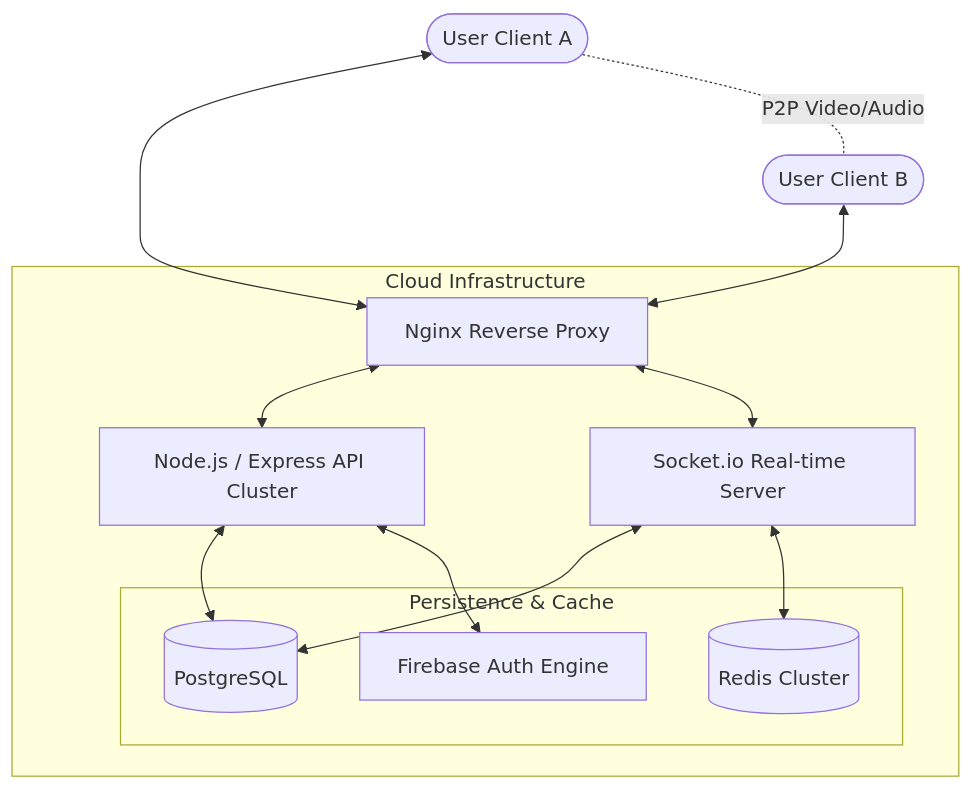
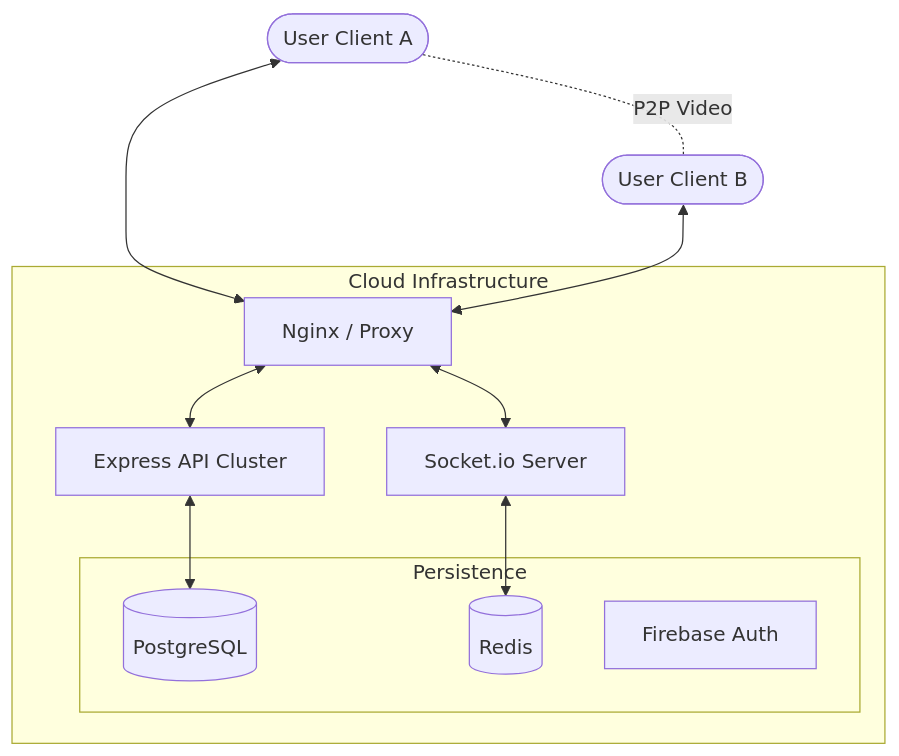
One commit to YaduEnc/MuhDikhai changed the diagram in README.md. Above: the diagram before and after it, drawn with Mermaid. The commit also changed other lines of this file and 1 other file, not shown here.

````diff
--- a/README.md
+++ b/README.md
@@ -12,27 +35,25 @@
 ```mermaid
 graph TD
     UserA([User Client A])
     UserB([User Client B])
     
     subgraph Cloud [Cloud Infrastructure]
-        LB[Nginx Reverse Proxy]
-        API[Node.js / Express API Cluster]
-        SIO[Socket.io Real-time Server]
+        LB[Nginx / Proxy]
+        API[Express API Cluster]
+        SIO[Socket.io Server]
         
-        subgraph DataLayer [Persistence & Cache]
+        subgraph Data [Persistence]
             DB[(PostgreSQL)]
-            RD[(Redis Cluster)]
-            FB[Firebase Auth Engine]
+            RD[(Redis)]
+            FB[Firebase Auth]
         end
     end
 
     UserA <--> LB
     UserB <--> LB
     LB <--> API
     LB <--> SIO
     API <--> DB
-    API <--> FB
-    SIO <--> DB
     SIO <--> RD
-    UserA -. P2P Video/Audio .- UserB
+    UserA -. P2P Video .- UserB
 ```
````
